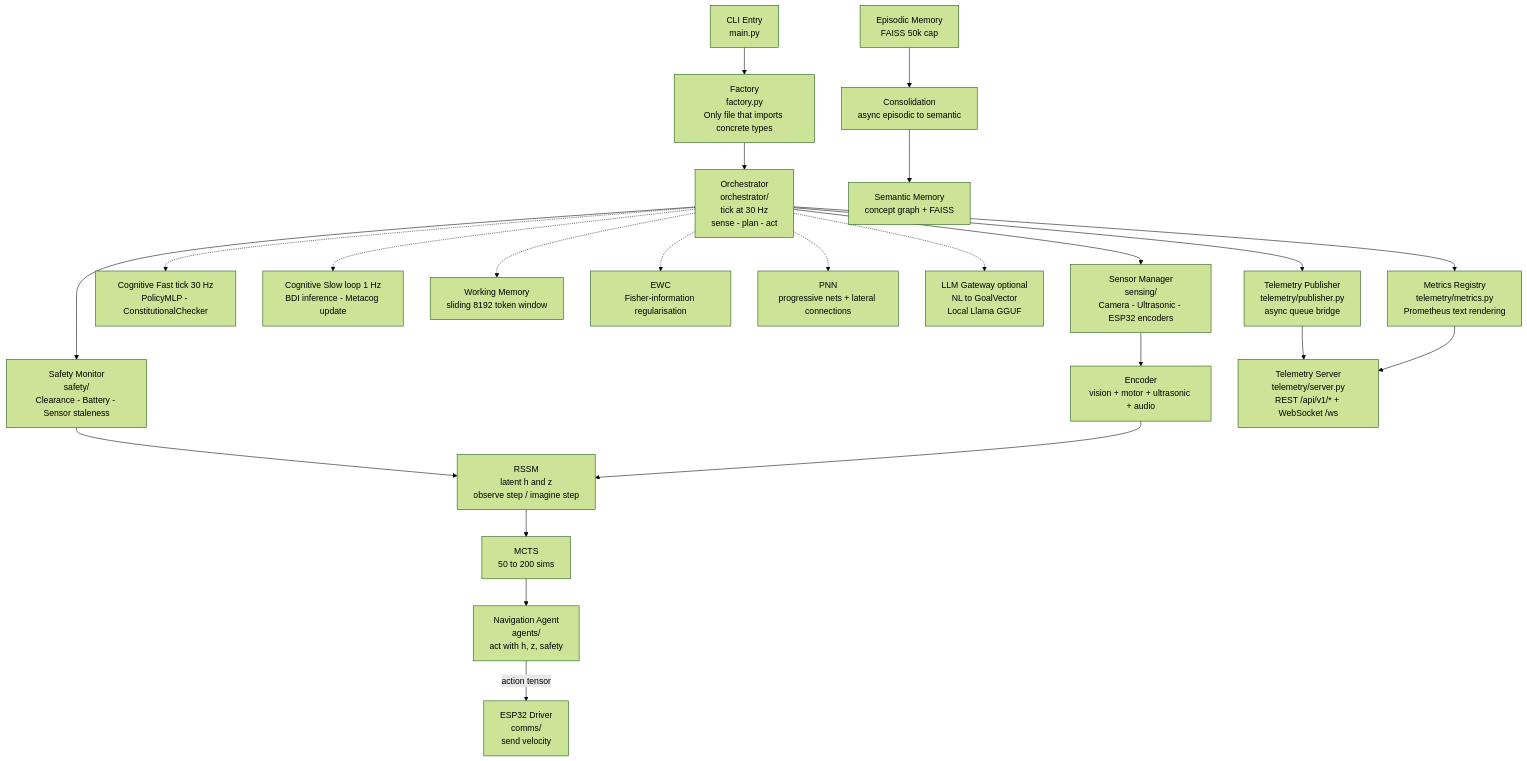
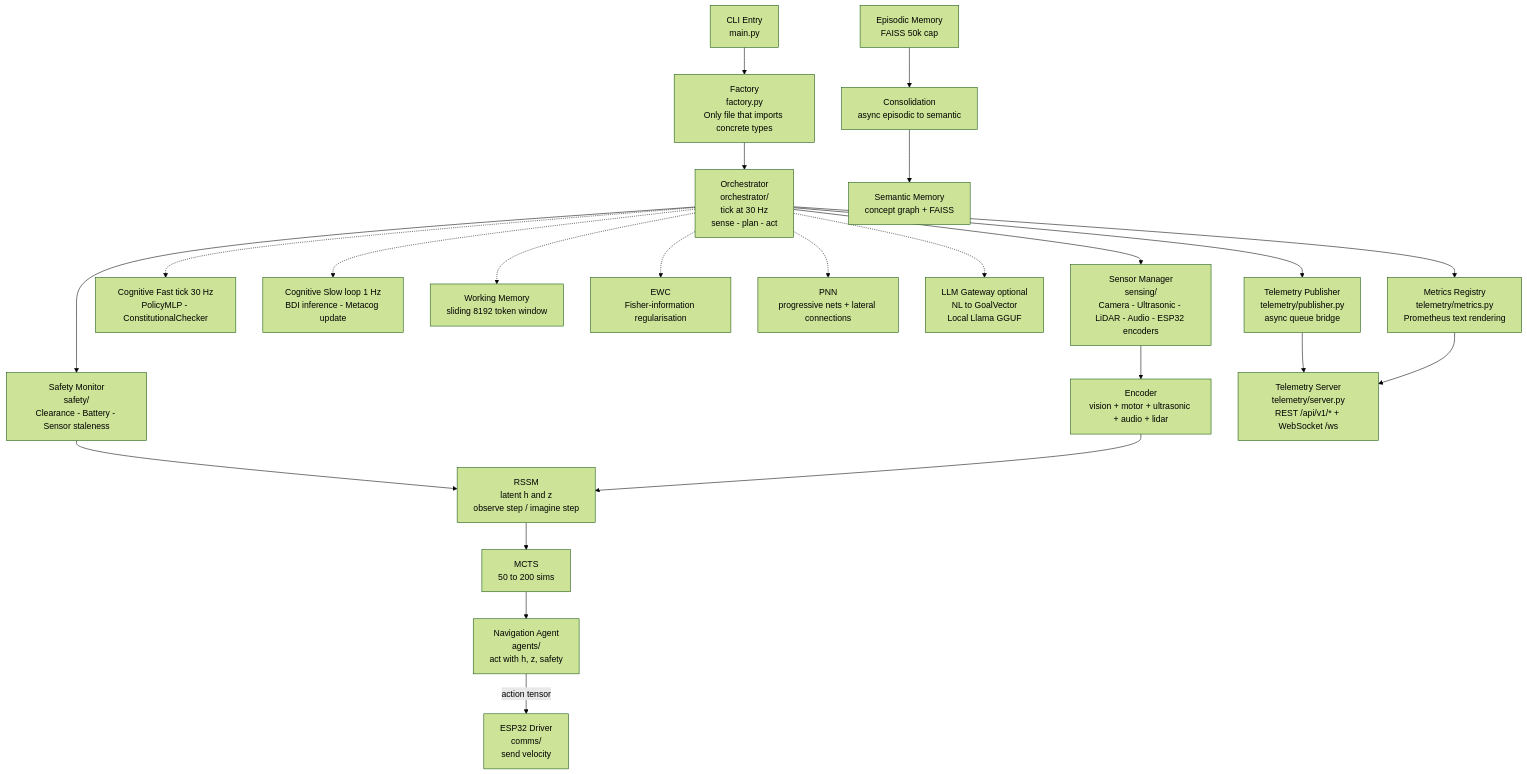
One commit to ianshank/Mouse-Droid-AGI changed the third of 10 diagrams in docs/architecture.md. Above: the diagram before and after it, drawn with Mermaid (forest theme). The commit also changed other lines of this file and 2 other files, not shown here.

First line of the commit message:
docs: update CHANGELOG, C4 architecture, and .gitignore for LiDAR + Wonrabai

````diff
--- a/docs/architecture.md
+++ b/docs/architecture.md
@@ -100,49 +105,49 @@
 ```mermaid
 graph TD
     CLI["CLI Entry\nmain.py"]
     Factory["Factory\nfactory.py\nOnly file that imports concrete types"]
     Orchestrator["Orchestrator\norchestrator/\ntick at 30 Hz\nsense - plan - act"]
-    SensorMgr["Sensor Manager\nsensing/\nCamera - Ultrasonic - ESP32 encoders"]
+    SensorMgr["Sensor Manager\nsensing/\nCamera - Ultrasonic - LiDAR - Audio - ESP32 encoders"]
     SafetyMon["Safety Monitor\nsafety/\nClearance - Battery - Sensor staleness"]
-    Encoder["Encoder\nvision + motor + ultrasonic + audio"]
+    Encoder["Encoder\nvision + motor + ultrasonic + audio + lidar"]
     RSSM["RSSM\nlatent h and z\nobserve step / imagine step"]
     MCTS["MCTS\n50 to 200 sims"]
     NavAgent["Navigation Agent\nagents/\nact with h, z, safety"]
     ESP32Driver["ESP32 Driver\ncomms/\nsend velocity"]
     FastTick["Cognitive Fast tick 30 Hz\nPolicyMLP - ConstitutionalChecker"]
     SlowLoop["Cognitive Slow loop 1 Hz\nBDI inference - Metacog update"]
     WorkingMem["Working Memory\nsliding 8192 token window"]
     EpisodicMem["Episodic Memory\nFAISS 50k cap"]
     SemanticMem["Semantic Memory\nconcept graph + FAISS"]
     Consolidation["Consolidation\nasync episodic to semantic"]
     EWC["EWC\nFisher-information regularisation"]
     PNN["PNN\nprogressive nets + lateral connections"]
     LLM["LLM Gateway optional\nNL to GoalVector\nLocal Llama GGUF"]
 
     TelemetryPub2["Telemetry Publisher\ntelemetry/publisher.py\nasync queue bridge"]
     MetricsReg2["Metrics Registry\ntelemetry/metrics.py\nPrometheus text rendering"]
     TelemetryServer2["Telemetry Server\ntelemetry/server.py\nREST /api/v1/* + WebSocket /ws"]
 
     CLI --> Factory
     Factory --> Orchestrator
     Orchestrator --> SensorMgr
     Orchestrator --> SafetyMon
     SensorMgr --> Encoder
     SafetyMon --> RSSM
     Encoder --> RSSM
     RSSM --> MCTS
     MCTS --> NavAgent
     NavAgent -- "action tensor" --> ESP32Driver
     Orchestrator -.-> FastTick
     Orchestrator -.-> SlowLoop
     Orchestrator -.-> WorkingMem
     Orchestrator -.-> LLM
     EpisodicMem --> Consolidation
     Consolidation --> SemanticMem
     Orchestrator -.-> EWC
     Orchestrator -.-> PNN
     Orchestrator --> TelemetryPub2
     Orchestrator --> MetricsReg2
     TelemetryPub2 --> TelemetryServer2
     MetricsReg2 --> TelemetryServer2
 ```
````
